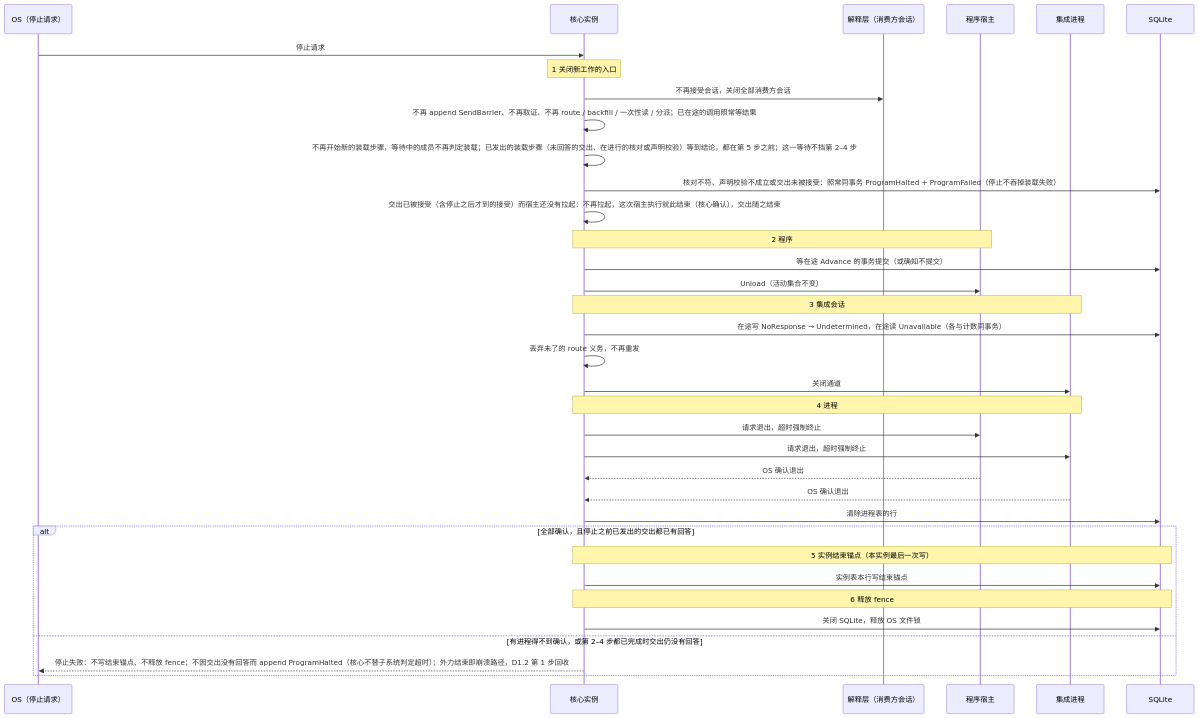
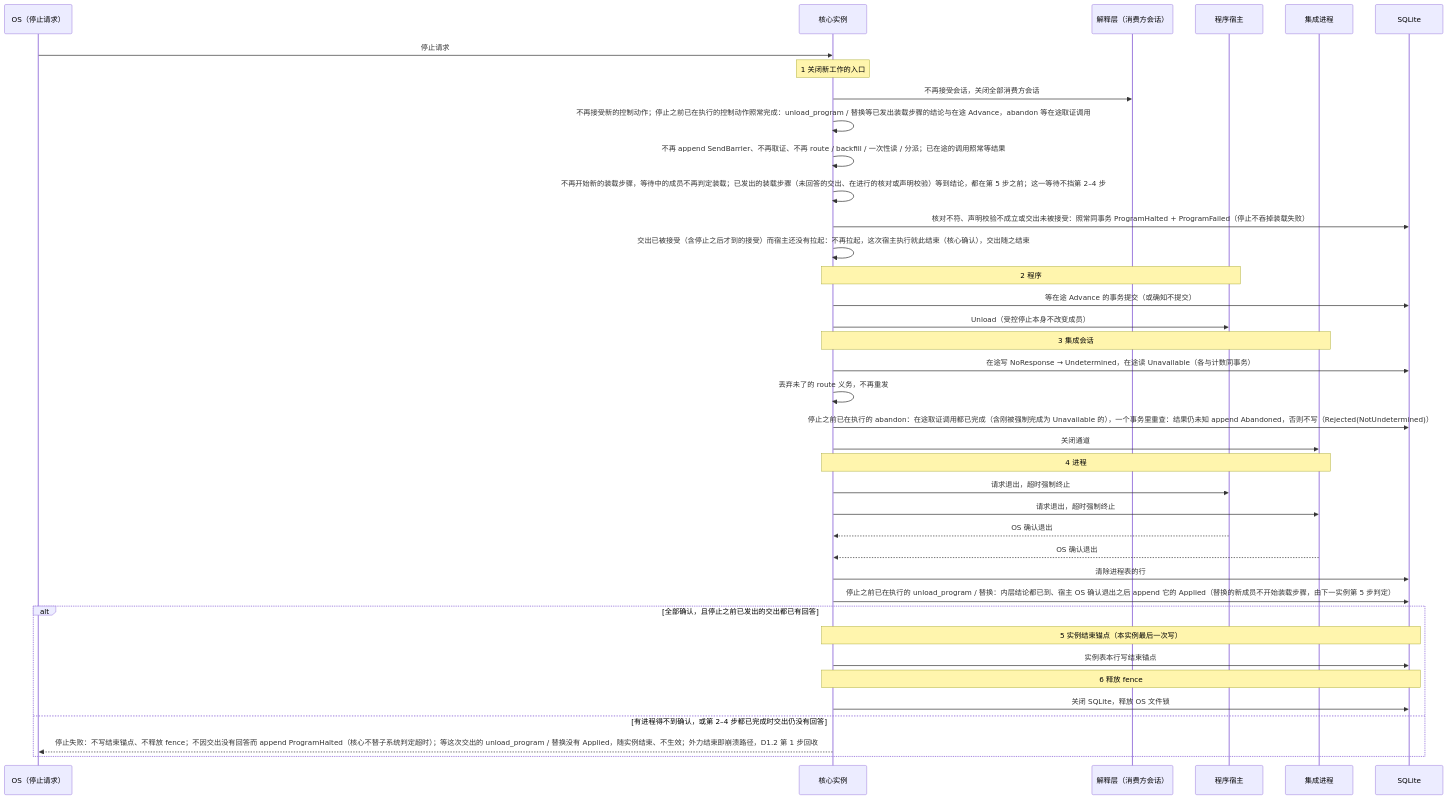
One commit to mouriya-s-lab/uta changed the sixth of 6 diagrams in design/diagrams/01-process-topology.md. Above: the diagram before and after it, drawn with Mermaid. The commit also changed other lines of this file and 10 other files, not shown here.

````diff
--- a/design/diagrams/01-process-topology.md
+++ b/design/diagrams/01-process-topology.md
@@ -311,37 +311,40 @@
 ```mermaid
 sequenceDiagram
   participant OS as OS（停止请求）
   participant C as 核心实例
   participant L as 解释层（消费方会话）
   participant H as 程序宿主
   participant I as 集成进程
   participant DB as SQLite
   OS->>C: 停止请求
   Note over C: 1 关闭新工作的入口
   C->>L: 不再接受会话，关闭全部消费方会话
+  C->>C: 不再接受新的控制动作；停止之前已在执行的控制动作照常完成：unload_program / 替换等已发出装载步骤的结论与在途 Advance，abandon 等在途取证调用
   C->>C: 不再 append SendBarrier、不再取证、不再 route / backfill / 一次性读 / 分派；已在途的调用照常等结果
   C->>C: 不再开始新的装载步骤，等待中的成员不再判定装载；已发出的装载步骤（未回答的交出、在进行的核对或声明校验）等到结论，都在第 5 步之前；这一等待不挡第 2–4 步
   C->>DB: 核对不符、声明校验不成立或交出未被接受：照常同事务 ProgramHalted + ProgramFailed（停止不吞掉装载失败）
   C->>C: 交出已被接受（含停止之后才到的接受）而宿主还没有拉起：不再拉起，这次宿主执行就此结束（核心确认），交出随之结束
   Note over C,H: 2 程序
   C->>DB: 等在途 Advance 的事务提交（或确知不提交）
-  C->>H: Unload（活动集合不变）
+  C->>H: Unload（受控停止本身不改变成员）
   Note over C,I: 3 集成会话
   C->>DB: 在途写 NoResponse → Undetermined，在途读 Unavailable（各与计数同事务）
   C->>C: 丢弃未了的 route 义务，不再重发
+  C->>DB: 停止之前已在执行的 abandon：在途取证调用都已完成（含刚被强制完成为 Unavailable 的），一个事务里重查：结果仍未知 append Abandoned，否则不写（Rejected(NotUndetermined)）
   C->>I: 关闭通道
   Note over C,I: 4 进程
   C->>H: 请求退出，超时强制终止
   C->>I: 请求退出，超时强制终止
   H-->>C: OS 确认退出
   I-->>C: OS 确认退出
   C->>DB: 清除进程表的行
+  C->>DB: 停止之前已在执行的 unload_program / 替换：内层结论都已到、宿主 OS 确认退出之后 append 它的 Applied（替换的新成员不开始装载步骤，由下一实例第 5 步判定）
   alt 全部确认，且停止之前已发出的交出都已有回答
     Note over C,DB: 5 实例结束锚点（本实例最后一次写）
     C->>DB: 实例表本行写结束锚点
     Note over C,DB: 6 释放 fence
     C->>DB: 关闭 SQLite，释放 OS 文件锁
   else 有进程得不到确认，或第 2–4 步都已完成时交出仍没有回答
-    C-->>OS: 停止失败：不写结束锚点、不释放 fence；不因交出没有回答而 append ProgramHalted（核心不替子系统判定超时）；外力结束即崩溃路径，D1.2 第 1 步回收
+    C-->>OS: 停止失败：不写结束锚点、不释放 fence；不因交出没有回答而 append ProgramHalted（核心不替子系统判定超时）；等这次交出的 unload_program / 替换没有 Applied，随实例结束、不生效；外力结束即崩溃路径，D1.2 第 1 步回收
   end
 ```
````
